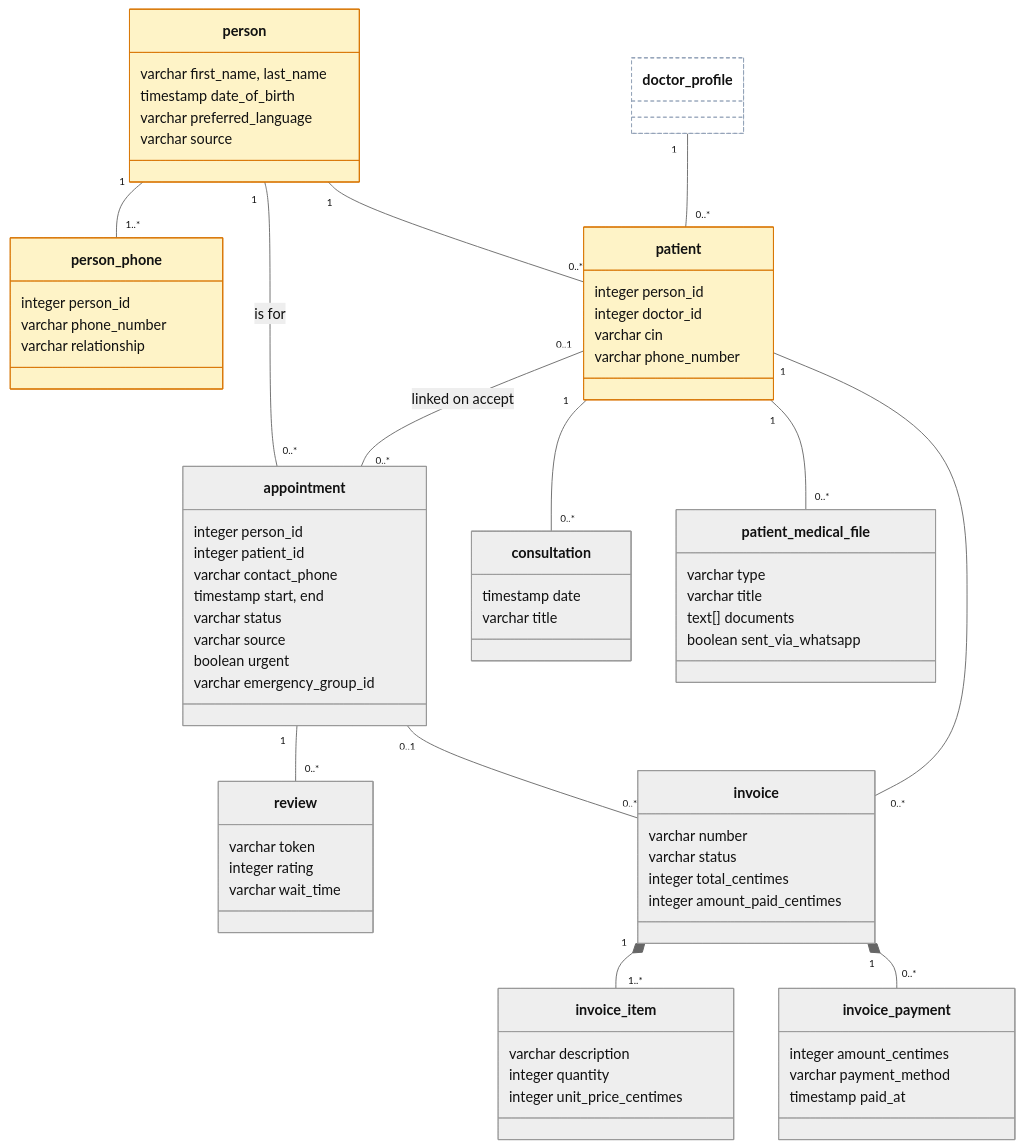
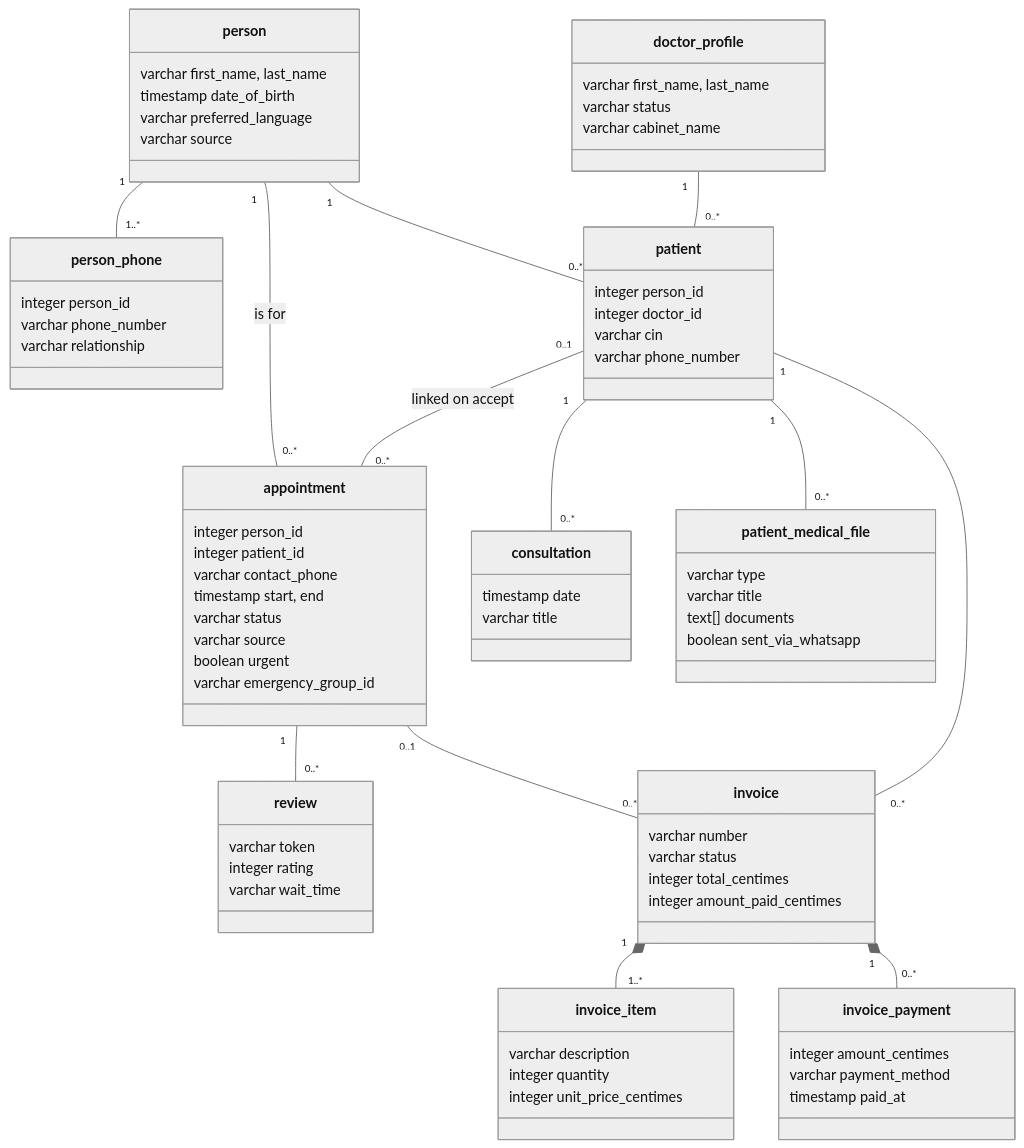
The diagram in images/diagrams/src/class_diagram_people_care.mmd (AtriOmar/riaya-report), drawn with Mermaid (neutral theme) before and after one commit. The commit also changed 31 other files, not shown here.

First line of the commit message:
Redraw the sequence, class, activity and BPMN diagrams

```diff
--- a/images/diagrams/src/class_diagram_people_care.mmd
+++ b/images/diagrams/src/class_diagram_people_care.mmd
@@ -1,79 +1,79 @@
 classDiagram
 direction TB
 
-class doctor_profile
+class doctor_profile {
+  varchar first_name, last_name
+  varchar status
+  varchar cabinet_name
+}
 class person {
   varchar first_name, last_name
   timestamp date_of_birth
   varchar preferred_language
   varchar source
 }
 class person_phone {
   integer person_id
   varchar phone_number
   varchar relationship
 }
 class patient {
   integer person_id
   integer doctor_id
   varchar cin
   varchar phone_number
 }
 class appointment {
   integer person_id
   integer patient_id
   varchar contact_phone
   timestamp start, end
   varchar status
   varchar source
   boolean urgent
   varchar emergency_group_id
 }
 class review {
   varchar token
   integer rating
   varchar wait_time
 }
 class consultation {
   timestamp date
   varchar title
 }
 class patient_medical_file {
   varchar type
   varchar title
   text[] documents
   boolean sent_via_whatsapp
 }
 class invoice {
   varchar number
   varchar status
   integer total_centimes
   integer amount_paid_centimes
 }
 class invoice_item {
   varchar description
   integer quantity
   integer unit_price_centimes
 }
 class invoice_payment {
   integer amount_centimes
   varchar payment_method
   timestamp paid_at
 }
 
 person "1" -- "1..*" person_phone
 person "1" -- "0..*" patient
 doctor_profile "1" -- "0..*" patient
 person "1" -- "0..*" appointment : is for
 patient "0..1" -- "0..*" appointment : linked on accept
 patient "1" -- "0..*" consultation
 patient "1" -- "0..*" patient_medical_file
 appointment "1" -- "0..*" review
 appointment "0..1" -- "0..*" invoice
 patient "1" -- "0..*" invoice
 invoice "1" *-- "1..*" invoice_item
 invoice "1" *-- "0..*" invoice_payment
-style doctor_profile fill:#FFFFFF,stroke:#94A3B8,stroke-dasharray:4 3
-style person fill:#FEF3C7,stroke:#D97706
-style person_phone fill:#FEF3C7,stroke:#D97706
-style patient fill:#FEF3C7,stroke:#D97706
```
